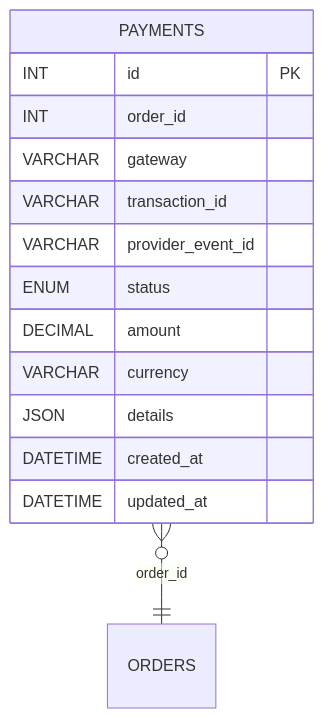
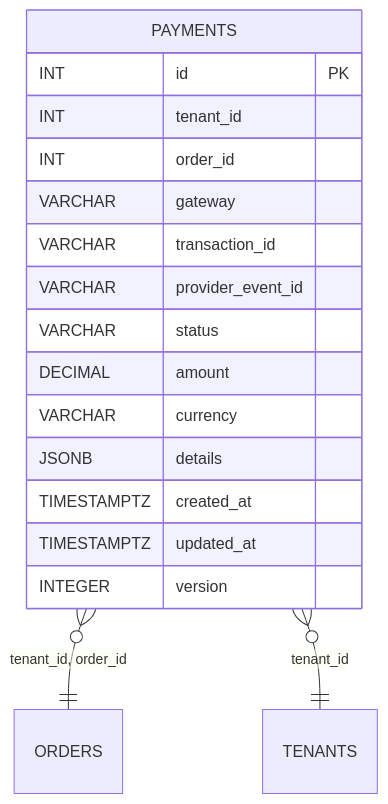
The diagram in README.md (blackcatdatabase/table-payments), drawn with Mermaid before and after one commit. The commit also changed other lines of this file and 21 other files, not shown here.

Commit message:
regen schema (#1)

````diff
--- a/README.md
+++ b/README.md
@@ -60,17 +63,20 @@
 ```mermaid
 erDiagram
   PAYMENTS {
     INT id PK
+    INT tenant_id
     INT order_id
     VARCHAR gateway
     VARCHAR transaction_id
     VARCHAR provider_event_id
-    ENUM status
+    VARCHAR status
     DECIMAL amount
     VARCHAR currency
-    JSON details
-    DATETIME created_at
-    DATETIME updated_at
+    JSONB details
+    TIMESTAMPTZ created_at
+    TIMESTAMPTZ updated_at
+    INTEGER version
   }
-  PAYMENTS }o--|| ORDERS : "order_id"
+  PAYMENTS }o--|| ORDERS : "tenant_id, order_id"
+  PAYMENTS }o--|| TENANTS : "tenant_id"
 ```
````
